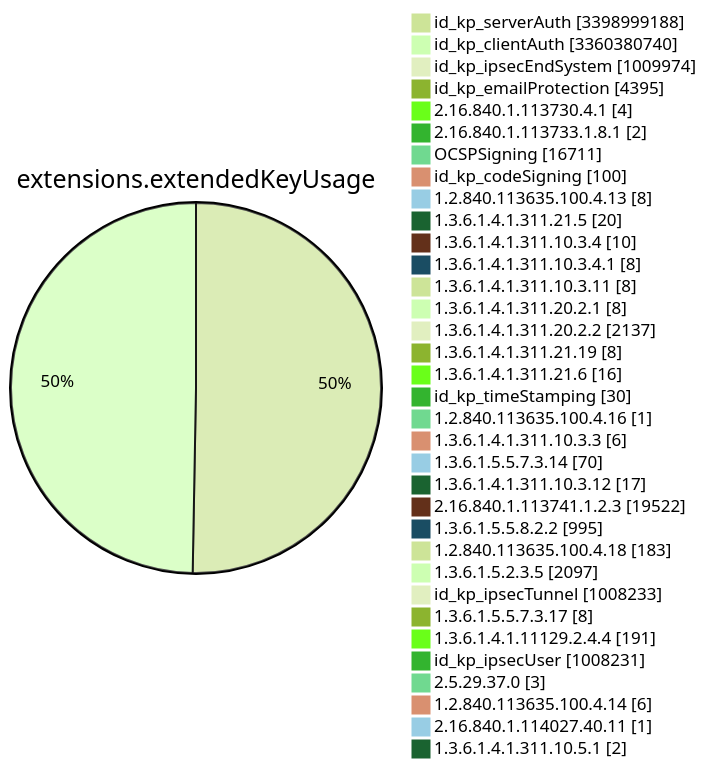
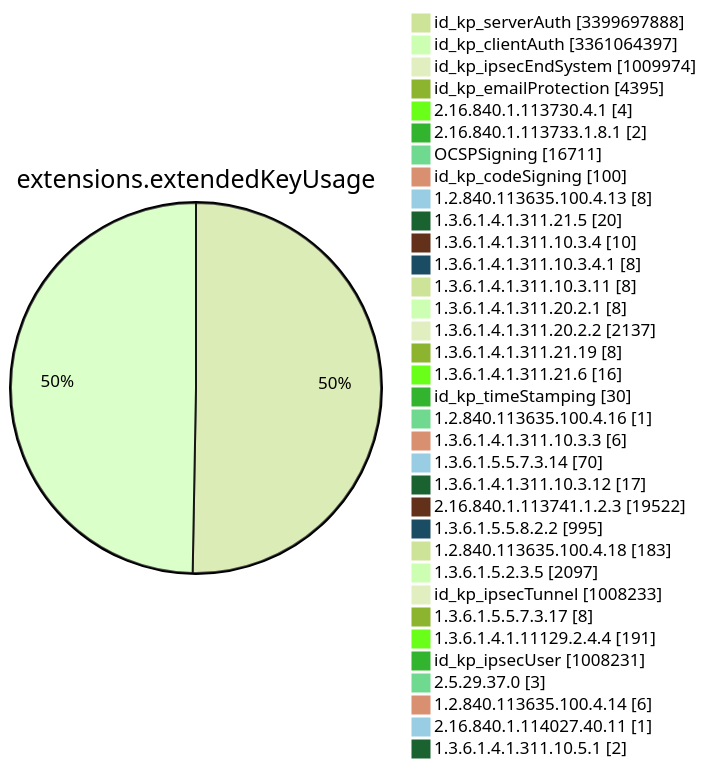
One commit to christiankrug/ctmonitor_visualization changed diagram 11 of 15 in TOTAL/README.md. Above: the diagram before and after it, drawn with Mermaid (forest theme). The commit also changed other lines of this file, not shown here.

````diff
--- a/TOTAL/README.md
+++ b/TOTAL/README.md
@@ -4121,38 +4121,38 @@
 ```mermaid
 pie showData
 title extensions.extendedKeyUsage
-"id_kp_serverAuth" :3398999188
-"id_kp_clientAuth" :3360380740
+"id_kp_serverAuth" :3399697888
+"id_kp_clientAuth" :3361064397
 "id_kp_ipsecEndSystem" :1009974
 "id_kp_emailProtection" :4395
 "2.16.840.1.113730.4.1" :4
 "2.16.840.1.113733.1.8.1" :2
 "OCSPSigning" :16711
 "id_kp_codeSigning" :100
 "1.2.840.113635.100.4.13" :8
 "1.3.6.1.4.1.311.21.5" :20
 "1.3.6.1.4.1.311.10.3.4" :10
 "1.3.6.1.4.1.311.10.3.4.1" :8
 "1.3.6.1.4.1.311.10.3.11" :8
 "1.3.6.1.4.1.311.20.2.1" :8
 "1.3.6.1.4.1.311.20.2.2" :2137
 "1.3.6.1.4.1.311.21.19" :8
 "1.3.6.1.4.1.311.21.6" :16
 "id_kp_timeStamping" :30
 "1.2.840.113635.100.4.16" :1
 "1.3.6.1.4.1.311.10.3.3" :6
 "1.3.6.1.5.5.7.3.14" :70
 "1.3.6.1.4.1.311.10.3.12" :17
 "2.16.840.1.113741.1.2.3" :19522
 "1.3.6.1.5.5.8.2.2" :995
 "1.2.840.113635.100.4.18" :183
 "1.3.6.1.5.2.3.5" :2097
 "id_kp_ipsecTunnel" :1008233
 "1.3.6.1.5.5.7.3.17" :8
 "1.3.6.1.4.1.11129.2.4.4" :191
 "id_kp_ipsecUser" :1008231
 "2.5.29.37.0" :3
 "1.2.840.113635.100.4.14" :6
 "2.16.840.1.114027.40.11" :1
 "1.3.6.1.4.1.311.10.5.1" :2
 ```
````
